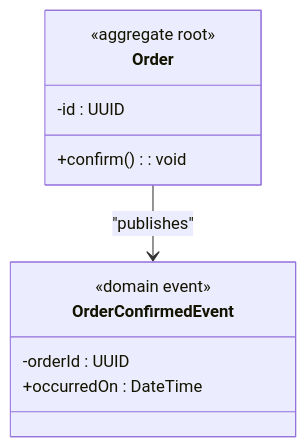
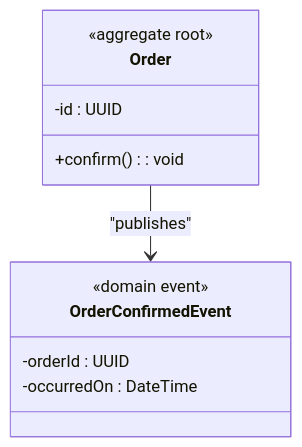
The seventh of 8 diagrams in guides/docs/02_tactic_pattern.md (o-s-expert/ddd-workshop), drawn with Mermaid before and after one commit.

Commit message:
fix: correct syntax for occurredOn field in OrderConfirmedEvent

````diff
--- a/guides/docs/02_tactic_pattern.md
+++ b/guides/docs/02_tactic_pattern.md
@@ -149,15 +149,15 @@
 ```mermaid
 classDiagram
   class Order {
     <<aggregate root>>
     -id : UUID
     +confirm() : void
   }
 
   class OrderConfirmedEvent {
     <<domain event>>
     -orderId : UUID
-    +occurredOn : DateTime
+    -occurredOn : DateTime
   }
   Order --> OrderConfirmedEvent : "publishes"
 ```
````
